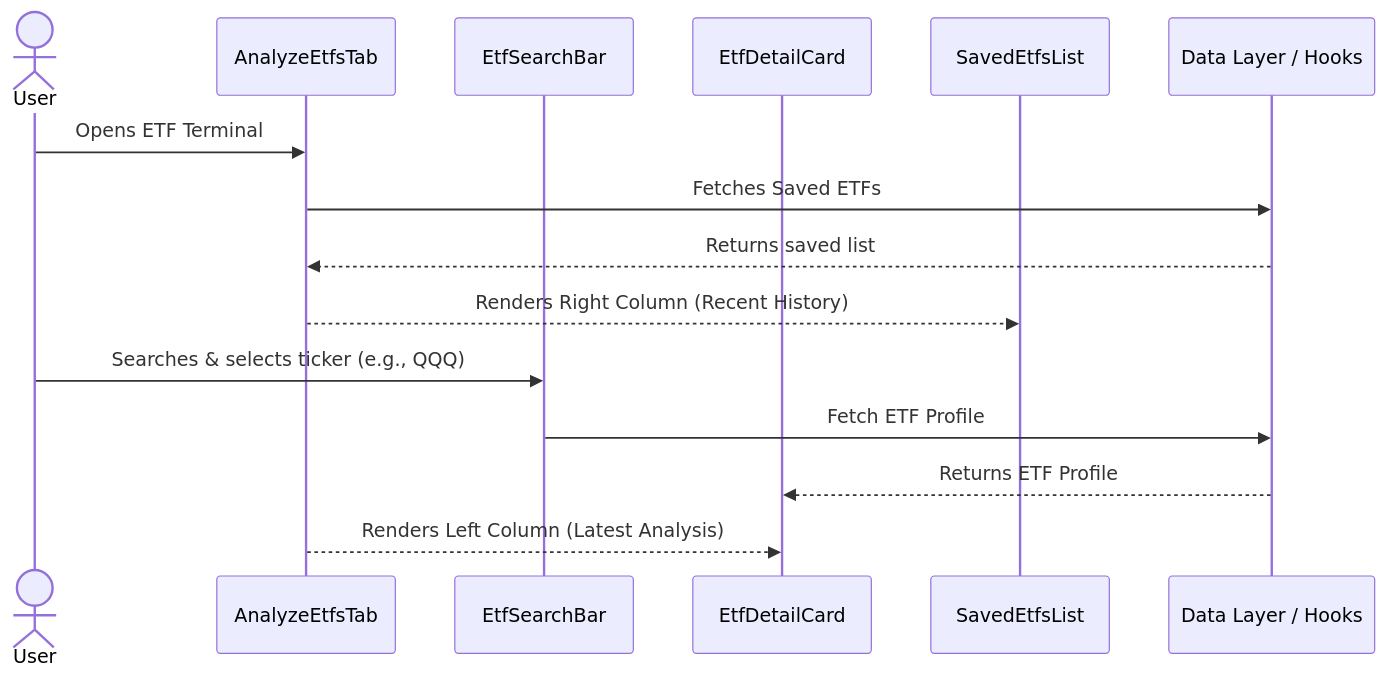
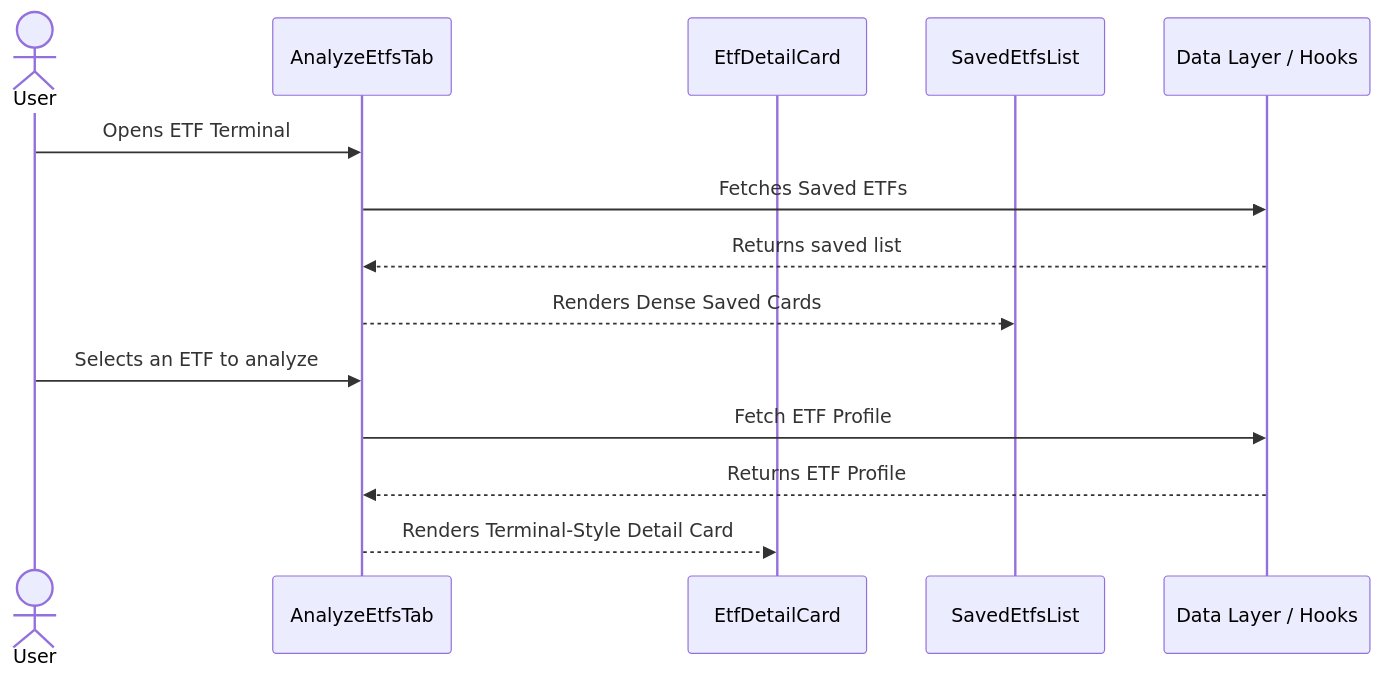
Before and after one commit to MankalMR/OptionsBookie: the diagram in .agent/oracle/2026-04-09-etf-terminal-ui-refresh.md, drawn with Mermaid. The commit also changed other lines of this file, not shown here.

First line of the commit message:
Refine Oracle ticket to focus on ETF card layouts

````diff
--- a/.agent/oracle/2026-04-09-etf-terminal-ui-refresh.md
+++ b/.agent/oracle/2026-04-09-etf-terminal-ui-refresh.md
@@ -41,19 +39,18 @@
 ```mermaid
 sequenceDiagram
     actor User
     participant UI as AnalyzeEtfsTab
-    participant Search as EtfSearchBar
     participant Detail as EtfDetailCard
     participant Saved as SavedEtfsList
     participant Store as Data Layer / Hooks
 
     User->>UI: Opens ETF Terminal
     UI->>Store: Fetches Saved ETFs
     Store-->>UI: Returns saved list
-    UI-->>Saved: Renders Right Column (Recent History)
+    UI-->>Saved: Renders Dense Saved Cards
 
-    User->>Search: Searches & selects ticker (e.g., QQQ)
-    Search->>Store: Fetch ETF Profile
-    Store-->>Detail: Returns ETF Profile
-    UI-->>Detail: Renders Left Column (Latest Analysis)
+    User->>UI: Selects an ETF to analyze
+    UI->>Store: Fetch ETF Profile
+    Store-->>UI: Returns ETF Profile
+    UI-->>Detail: Renders Terminal-Style Detail Card
 ```
````
